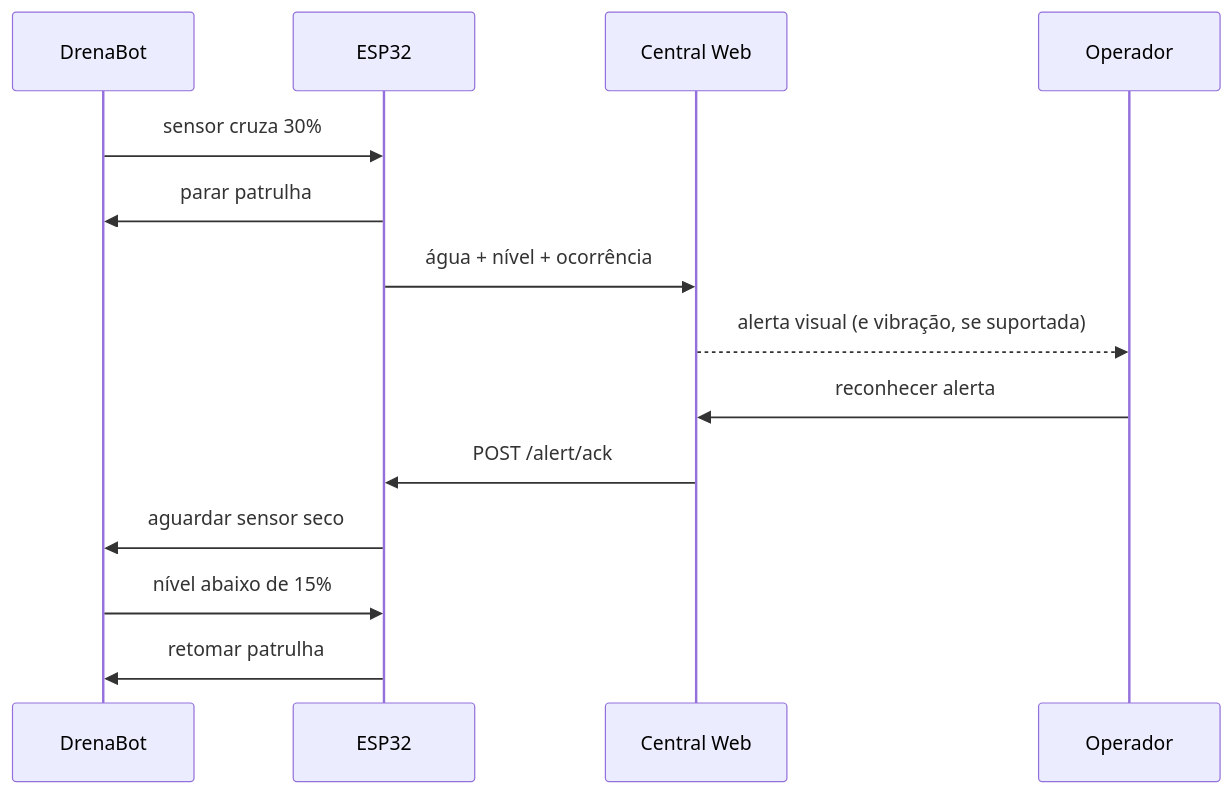
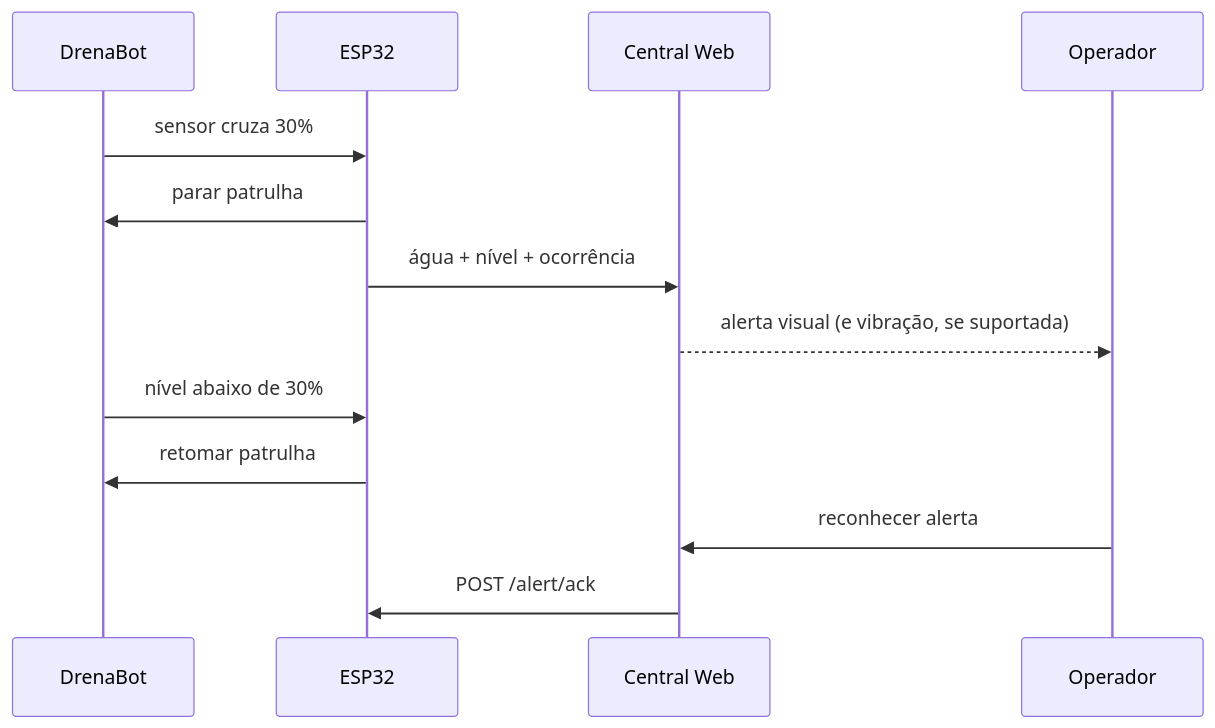
The diagram in docs/CENTRAL_DRENAHUB.md (GabrielMachadoCP/ProjetoCarrinho), drawn with Mermaid before and after one commit. The commit also changed other lines of this file and 6 other files, not shown here.

````diff
--- a/docs/CENTRAL_DRENAHUB.md
+++ b/docs/CENTRAL_DRENAHUB.md
@@ -9,16 +9,15 @@
 ```mermaid
 sequenceDiagram
     participant R as DrenaBot
     participant E as ESP32
     participant C as Central Web
     participant O as Operador
     R->>E: sensor cruza 30%
     E->>R: parar patrulha
     E->>C: água + nível + ocorrência
     C-->>O: alerta visual (e vibração, se suportada)
+    R->>E: nível abaixo de 30%
+    E->>R: retomar patrulha
     O->>C: reconhecer alerta
     C->>E: POST /alert/ack
-    E->>R: aguardar sensor seco
-    R->>E: nível abaixo de 15%
-    E->>R: retomar patrulha
 ```
````
